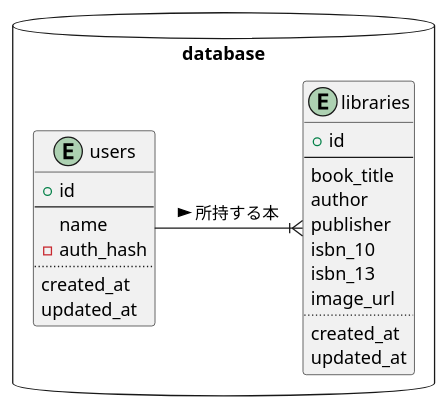
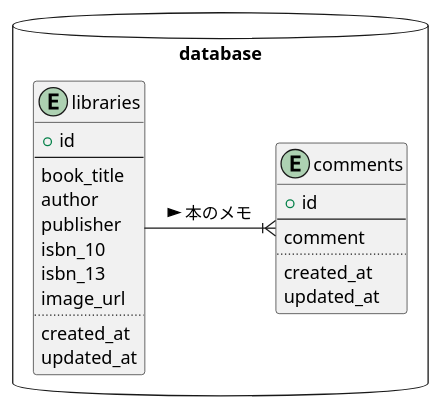
Before and after one commit to 40node/node006: the diagram in uml/er.pu, drawn with PlantUML. The commit also changed 7 other files, not shown here.

```diff
--- a/uml/er.pu
+++ b/uml/er.pu
@@ -1,27 +1,26 @@
 @startuml database
 package database <<Database>> {
-  entity users {
-    + id
-    --
-    name
-    - auth_hash
-    ..
-    created_at
-    updated_at
-  }
   entity libraries {
     + id
     --
     book_title
     author
     publisher
     isbn_10
     isbn_13
     image_url
     ..
     created_at
     updated_at
   }
+  entity comments {
+    + id
+    --
+    comment
+    ..
+    created_at
+    updated_at
+  }
 }
-users -ri-|{ libraries : 所持する本 >
+libraries -ri-|{ comments : 本のメモ >
 @enduml
```
